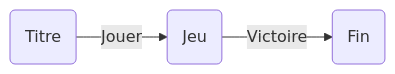
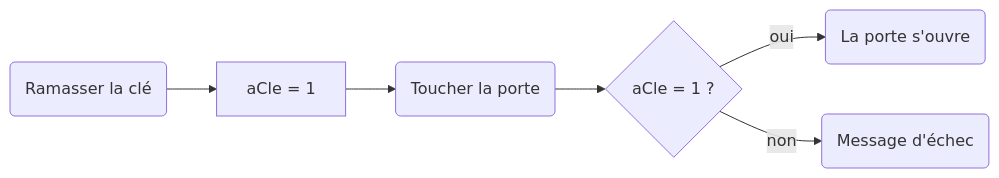
One commit to tim-montmorency/compendium changed the first of 2 diagrams in docs/582-301-interactivite-ludique/cours03.md. Above: the diagram before and after it, drawn with Mermaid. The commit also changed other lines of this file and 69 other files, not shown here.

````diff
--- a/docs/582-301-interactivite-ludique/cours03.md
+++ b/docs/582-301-interactivite-ludique/cours03.md
@@ -62,5 +158,8 @@
 ```mermaid
 graph LR
-    A(Titre) -->|Jouer| B(Jeu)
-    B -->|Victoire| C(Fin)
+    A(Ramasser la clé) --> B["aCle = 1"]
+    B --> C(Toucher la porte)
+    C --> D{"aCle = 1 ?"}
+    D -- oui --> E(La porte s'ouvre)
+    D -- non --> F(Message d'échec)
 ```
````
